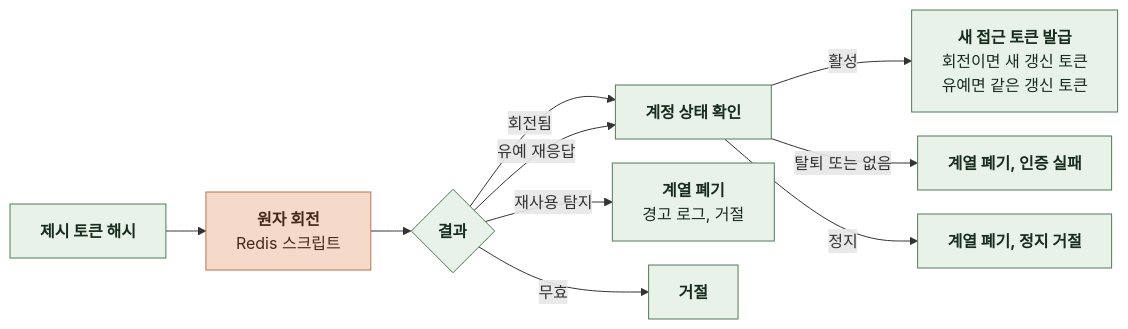
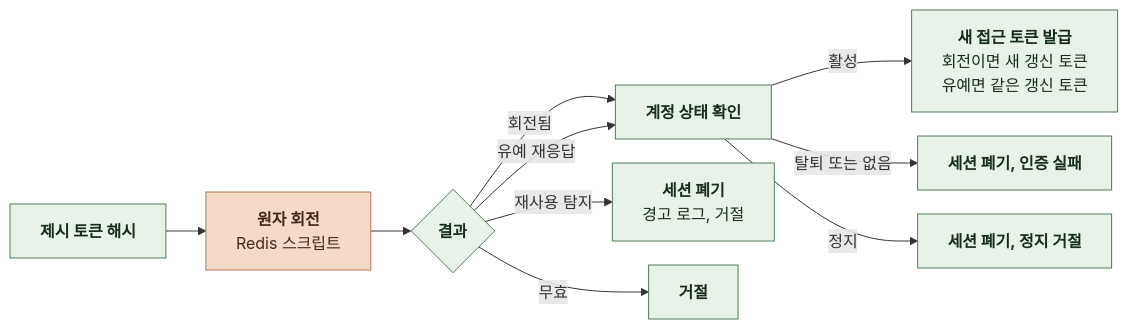
Before and after one commit to KIM-N-KANG/knk-harness: the seventh of 16 diagrams in docs/domain/ACCOUNT/BACKEND/4-1-PIPELINES.md, drawn with Mermaid. The commit also changed other lines of this file and 12 other files, not shown here.

````diff
--- a/docs/domain/ACCOUNT/BACKEND/4-1-PIPELINES.md
+++ b/docs/domain/ACCOUNT/BACKEND/4-1-PIPELINES.md
@@ -231,21 +231,21 @@
 ```mermaid
 %%{init: {"flowchart": {"curve": "basis", "nodeSpacing": 24, "rankSpacing": 40}}}%%
 flowchart LR
     A["`**제시 토큰 해시**`"] --> B["`**원자 회전**
 Redis 스크립트`"]
     B --> C{"`**결과**`"}
     C -->|회전됨| D["`**계정 상태 확인**`"]
     C -->|유예 재응답| D
-    C -->|재사용 탐지| E["`**계열 폐기**
+    C -->|재사용 탐지| E["`**세션 폐기**
 경고 로그, 거절`"]
     C -->|무효| F["`**거절**`"]
     D -->|활성| G["`**새 접근 토큰 발급**
 회전이면 새 갱신 토큰
 유예면 같은 갱신 토큰`"]
-    D -->|탈퇴 또는 없음| H["`**계열 폐기, 인증 실패**`"]
-    D -->|정지| I["`**계열 폐기, 정지 거절**`"]
+    D -->|탈퇴 또는 없음| H["`**세션 폐기, 인증 실패**`"]
+    D -->|정지| I["`**세션 폐기, 정지 거절**`"]
     classDef comp fill:#E8F2E8,stroke:#527A59,color:#182D1D
     classDef task fill:#F5D9C9,stroke:#B97450,color:#452B1D
     class A,C,D,E,F,G,H,I comp
     class B task
 ```
````
